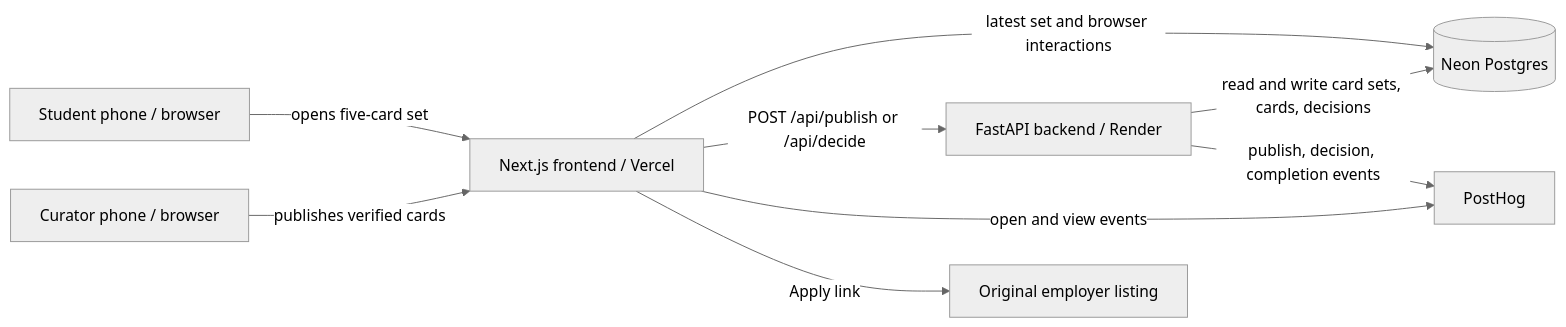
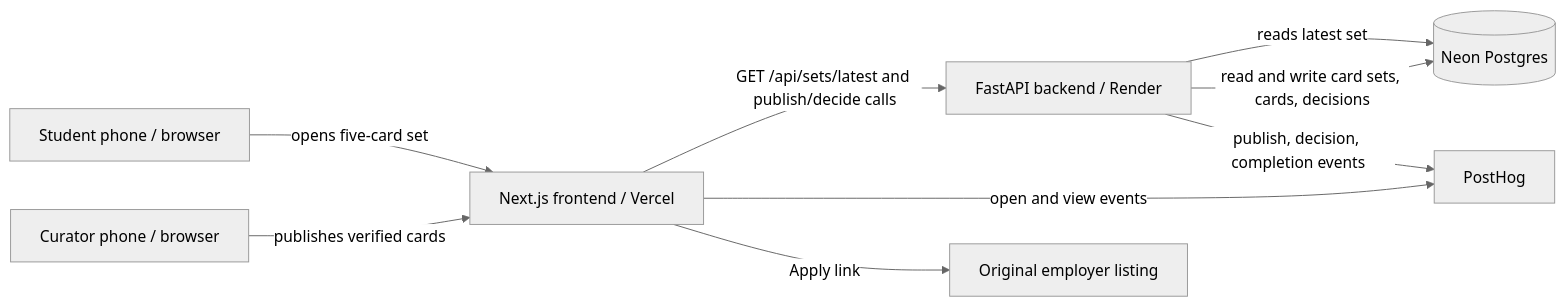
The diagram in 03-build/architecture/architecture.md (mategvetadze/Development-course-project), drawn with Mermaid (neutral theme) before and after one commit. The commit also changed other lines of this file and 7 other files, not shown here.

````diff
--- a/03-build/architecture/architecture.md
+++ b/03-build/architecture/architecture.md
@@ -5,11 +5,11 @@
 ```mermaid
 flowchart LR
     N[Student phone / browser] -->|opens five-card set| UI[Next.js frontend / Vercel]
     C[Curator phone / browser] -->|publishes verified cards| UI
-    UI -->|latest set and browser interactions| DB[(Neon Postgres)]
-    UI -->|POST /api/publish or /api/decide| API[FastAPI backend / Render]
+    UI -->|GET /api/sets/latest and publish/decide calls| API[FastAPI backend / Render]
+    API -->|reads latest set| DB[(Neon Postgres)]
     API -->|read and write card sets, cards, decisions| DB
     UI -->|open and view events| PH[PostHog]
     API -->|publish, decision, completion events| PH
     UI -->|Apply link| JOB[Original employer listing]
 ```
````
